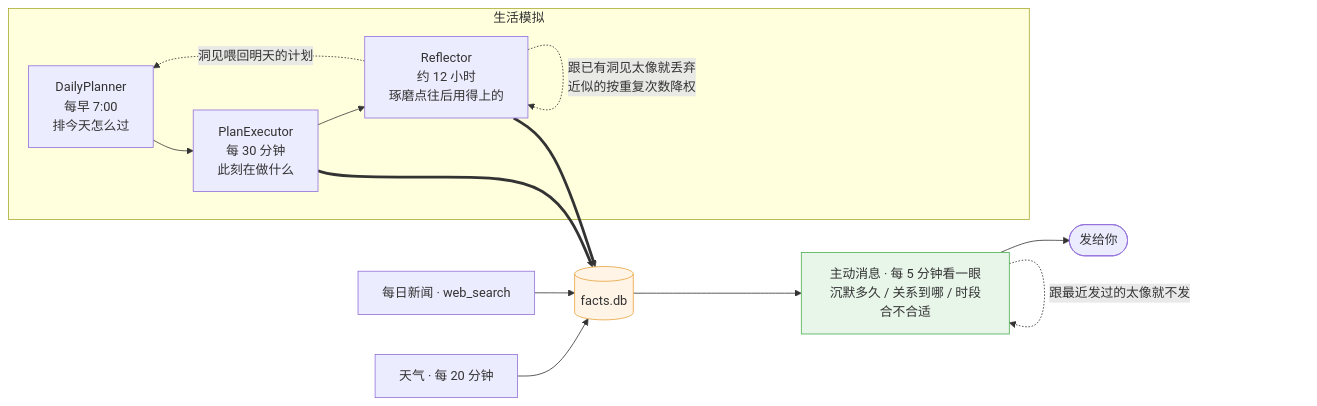
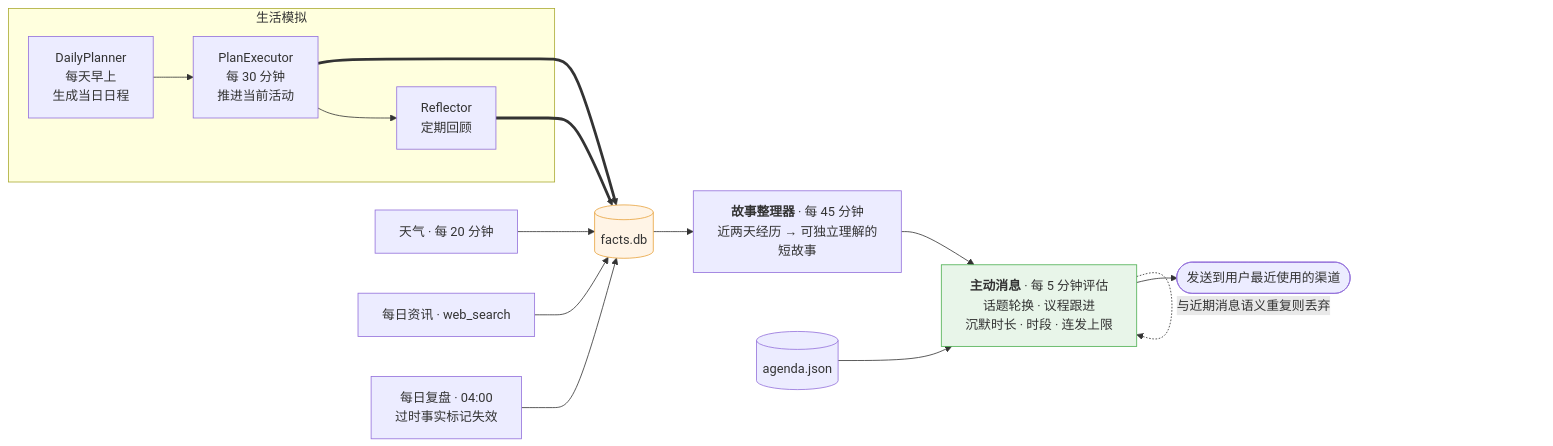
Before and after one commit to SnowWarri0r/lingxi: the second of 2 diagrams in README.md, drawn with Mermaid. The commit also changed other lines of this file and 1 other file, not shown here.

````diff
--- a/README.md
+++ b/README.md
@@ -97,25 +147,25 @@
 ```mermaid
 flowchart LR
     subgraph LIFE ["生活模拟"]
-        PLAN["DailyPlanner<br/>每早 7:00<br/>排今天怎么过"]
-        EXEC["PlanExecutor<br/>每 30 分钟<br/>此刻在做什么"]
-        REFL["Reflector<br/>约 12 小时<br/>琢磨点往后用得上的"]
+        PLAN["DailyPlanner<br/>每天早上<br/>生成当日日程"]
+        EXEC["PlanExecutor<br/>每 30 分钟<br/>推进当前活动"]
+        REFL["Reflector<br/>定期回顾"]
         PLAN --> EXEC --> REFL
-        REFL -. "洞见喂回明天的计划" .-> PLAN
     end
 
     EXEC ==> DB[("facts.db")]
     REFL ==> DB
+    WEA["天气 · 每 20 分钟"] --> DB
+    NEWS["每日资讯 · web_search"] --> DB
 
-    DB --> PRO["主动消息 · 每 5 分钟看一眼<br/>沉默多久 / 关系到哪 / 时段合不合适"]
-    PRO --> SEND(["发给你"])
+    DB --> STORY["<b>故事整理器</b> · 每 45 分钟<br/>近两天经历 → 可独立理解的短故事"]
+    STORY --> PRO["<b>主动消息</b> · 每 5 分钟评估<br/>话题轮换 · 议程跟进<br/>沉默时长 · 时段 · 连发上限"]
+    AG[("agenda.json")] --> PRO
+    PRO -. "与近期消息语义重复则丢弃" .-> PRO
+    PRO --> SEND(["发送到用户最近使用的渠道"])
 
-    WEA["天气 · 每 20 分钟"] --> DB
-    NEWS["每日新闻 · web_search"] --> DB
-
-    REFL -. "跟已有洞见太像就丢弃<br/>近似的按重复次数降权" .-> REFL
-    PRO -. "跟最近发过的太像就不发" .-> PRO
+    NIGHT["每日复盘 · 04:00<br/>过时事实标记失效"] --> DB
 
     style DB fill:#fff4e6,stroke:#e8a33d
     style PRO fill:#e8f5e9,stroke:#4caf50
 ```
````
